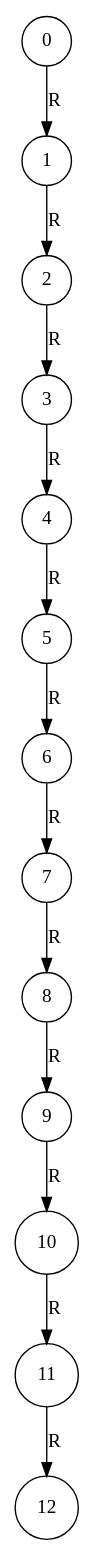
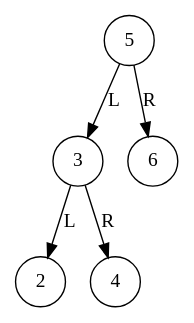
One commit to FranklinONP/EDD_PROYECTO_202200089 changed the diagram in Fase2_EDD/graphABB_AVL.dot. Above: the diagram before and after it, drawn with Graphviz. The commit also changed 20 other files, not shown here.

```diff
--- a/Fase2_EDD/graphABB_AVL.dot
+++ b/Fase2_EDD/graphABB_AVL.dot
@@ -1,28 +1,12 @@
 digraph G{
 node [shape=circle];
-"2427613185936"[label="0"];
-"2427613186016"[label="1"];
-"2427613186096"[label="2"];
-"2427613208976"[label="3"];
-"2427613209296"[label="4"];
-"2427613210256"[label="5"];
-"2427613209776"[label="6"];
-"2427613209616"[label="7"];
-"2427613208896"[label="8"];
-"2427613209696"[label="9"];
-"2427613209056"[label="10"];
-"2427613210336"[label="11"];
-"2427613209376"[label="12"];
-"2427613185936" -> "2427613186016" [label = "R"];
-"2427613186016" -> "2427613186096" [label = "R"];
-"2427613186096" -> "2427613208976" [label = "R"];
-"2427613208976" -> "2427613209296" [label = "R"];
-"2427613209296" -> "2427613210256" [label = "R"];
-"2427613210256" -> "2427613209776" [label = "R"];
-"2427613209776" -> "2427613209616" [label = "R"];
-"2427613209616" -> "2427613208896" [label = "R"];
-"2427613208896" -> "2427613209696" [label = "R"];
-"2427613209696" -> "2427613209056" [label = "R"];
-"2427613209056" -> "2427613210336" [label = "R"];
-"2427613210336" -> "2427613209376" [label = "R"];
+"1338473023440"[label="5"];
+"1338473023632"[label="3"];
+"1338473021616"[label="2"];
+"1338473023712"[label="4"];
+"1338473023552"[label="6"];
+"1338473023440" -> "1338473023632" [label = "L"];
+"1338473023440" -> "1338473023552" [label = "R"];
+"1338473023632" -> "1338473021616" [label = "L"];
+"1338473023632" -> "1338473023712" [label = "R"];
 }
```
